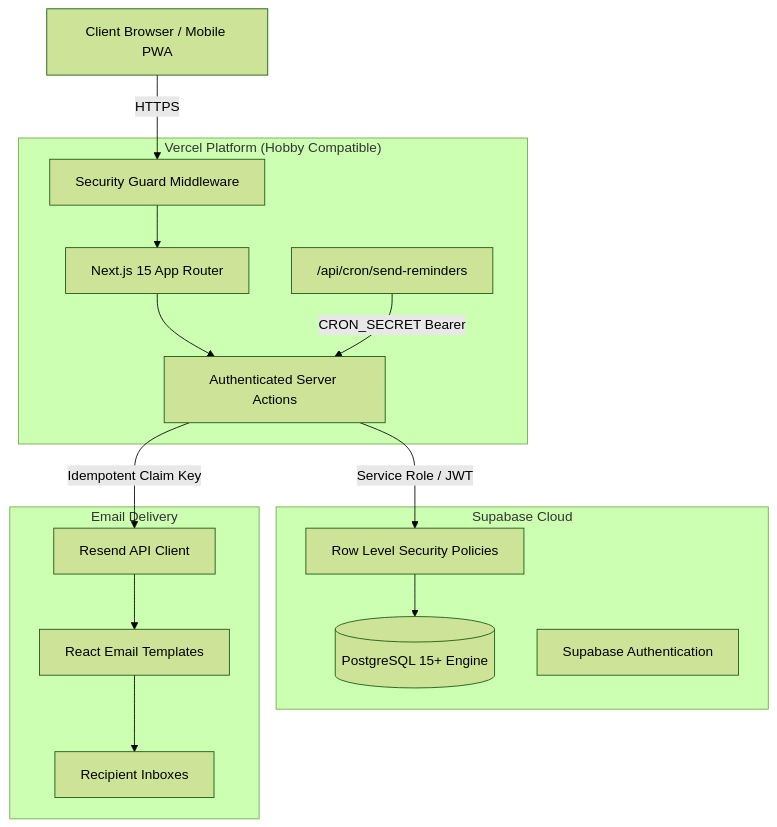
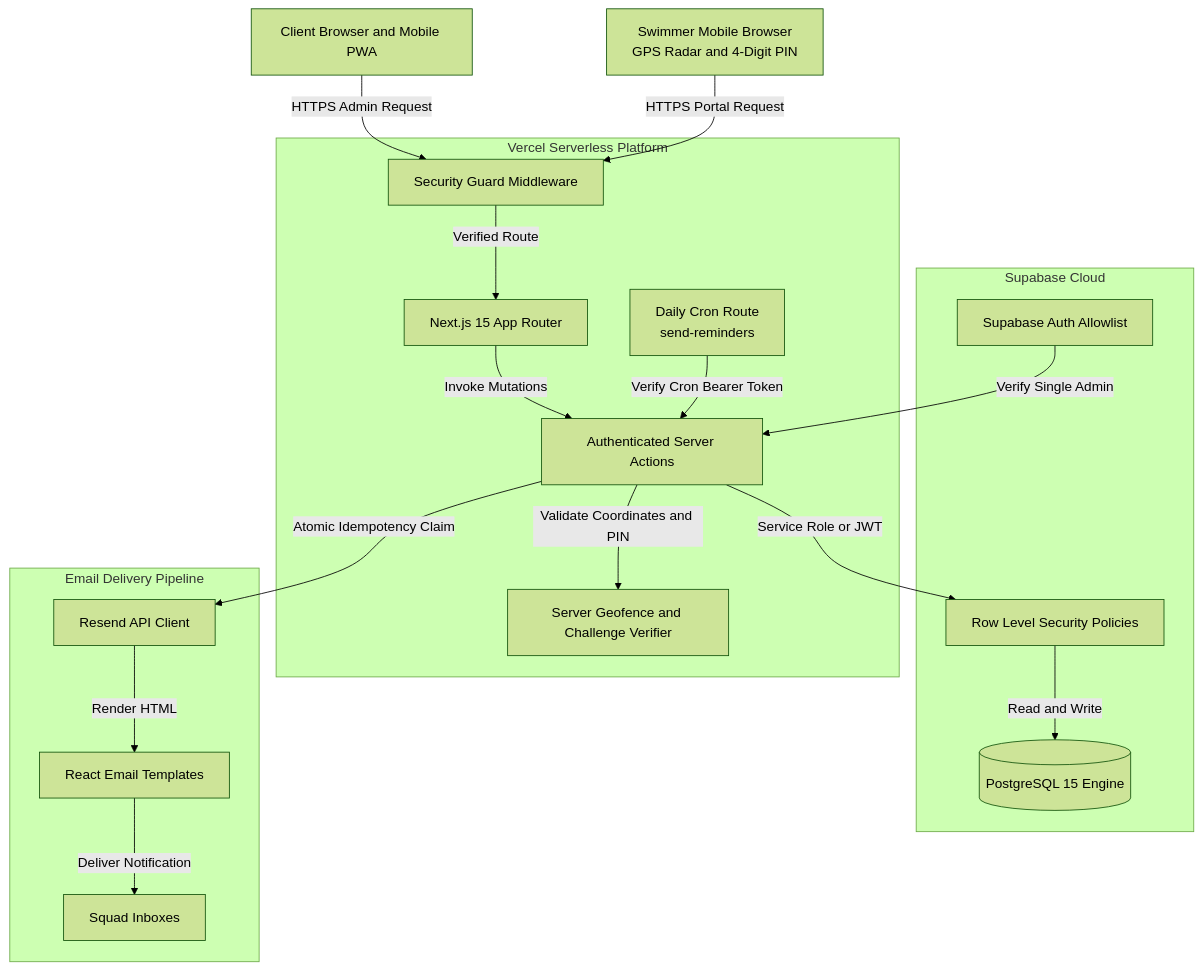
The first of 3 diagrams in README.md (theekshana-sudeepa/swimtrack), drawn with Mermaid (forest theme) before and after one commit. The commit also changed other lines of this file and 2 other files, not shown here.

Commit message:
docs(readme): refresh V3 weekend-hobby documentation and Mermaid architecture diagrams

````diff
--- a/README.md
+++ b/README.md
@@ -110,33 +97,39 @@
 ```mermaid
 flowchart TD
-    Browser["Client Browser / Mobile PWA"]
-    
-    subgraph Vercel["Vercel Platform (Hobby Compatible)"]
-        NextServer["Next.js 15 App Router"]
+    Browser["Client Browser and Mobile PWA"]
+    SwimmerDevice["Swimmer Mobile Browser<br/>GPS Radar and 4-Digit PIN"]
+
+    subgraph Vercel["Vercel Serverless Platform"]
         Middleware["Security Guard Middleware"]
+        NextApp["Next.js 15 App Router"]
         ServerActions["Authenticated Server Actions"]
-        CronRunner["/api/cron/send-reminders"]
+        GeoEngine["Server Geofence and Challenge Verifier"]
+        CronRunner["Daily Cron Route<br/>send-reminders"]
     end
 
     subgraph Database["Supabase Cloud"]
-        Postgres[("PostgreSQL 15+ Engine")]
+        Postgres[("PostgreSQL 15 Engine")]
         RLSPolicies["Row Level Security Policies"]
-        AuthModule["Supabase Authentication"]
+        AuthModule["Supabase Auth Allowlist"]
     end
 
-    subgraph MailService["Email Delivery"]
+    subgraph MailService["Email Delivery Pipeline"]
         ResendSDK["Resend API Client"]
         Templates["React Email Templates"]
-        Inboxes["Recipient Inboxes"]
+        Inboxes["Squad Inboxes"]
     end
 
-    Browser -->|HTTPS| Middleware
-    Middleware --> NextServer
-    NextServer --> ServerActions
-    ServerActions -->|Service Role / JWT| RLSPolicies
-    RLSPolicies --> Postgres
+    Browser -->|HTTPS Admin Request| Middleware
+    SwimmerDevice -->|HTTPS Portal Request| Middleware
+    Middleware -->|Verified Route| NextApp
+    NextApp -->|Invoke Mutations| ServerActions
+    ServerActions -->|Validate Coordinates and PIN| GeoEngine
+    ServerActions -->|Service Role or JWT| RLSPolicies
+    AuthModule -->|Verify Single Admin| ServerActions
+    RLSPolicies -->|Read and Write| Postgres
 
-    CronRunner -->|CRON_SECRET Bearer| ServerActions
-    ServerActions -->|Idempotent Claim Key| ResendSDK
-    ResendSDK --> Templates --> Inboxes
+    CronRunner -->|Verify Cron Bearer Token| ServerActions
+    ServerActions -->|Atomic Idempotency Claim| ResendSDK
+    ResendSDK -->|Render HTML| Templates
+    Templates -->|Deliver Notification| Inboxes
 ```
````
